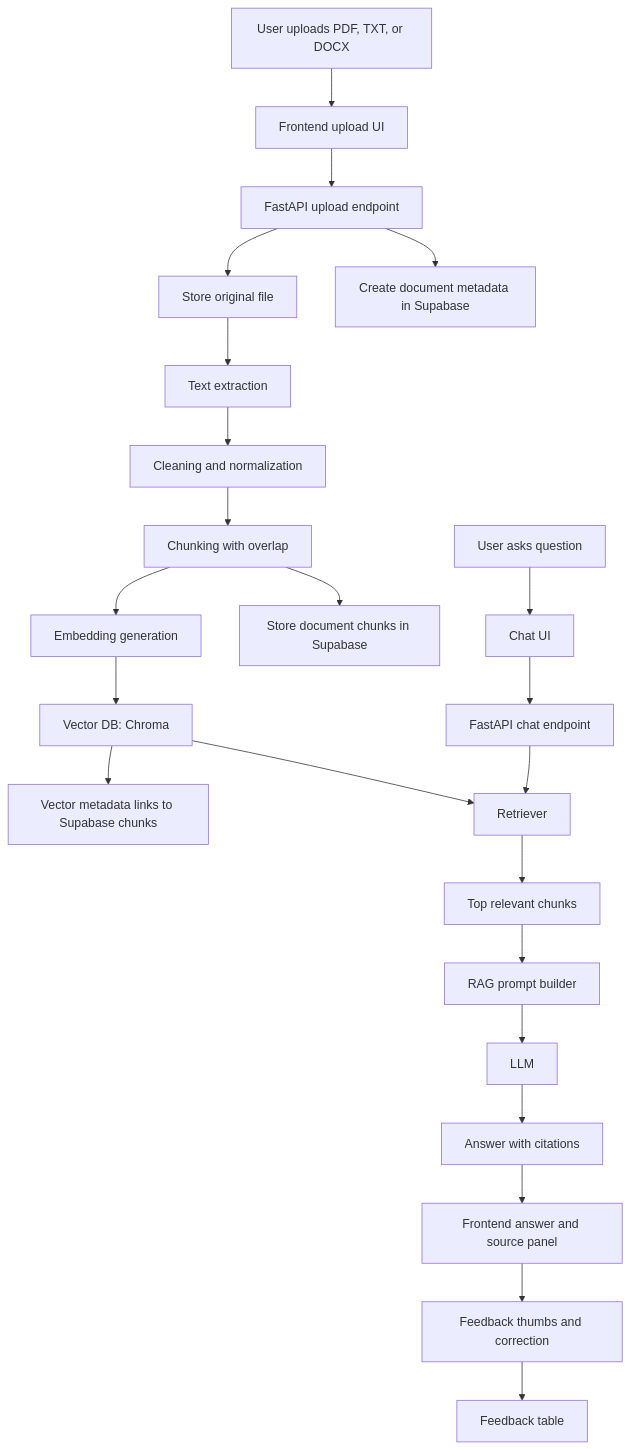
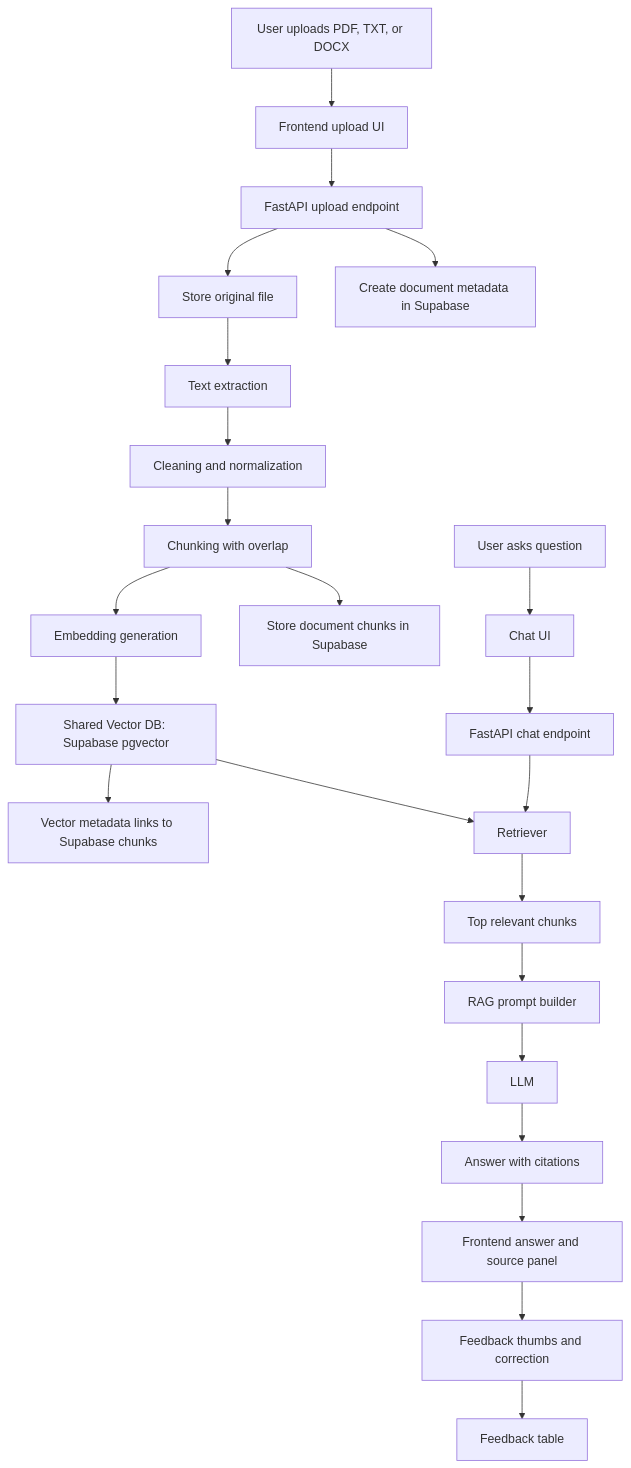
One commit to workagrimag186-max/Averion.ai changed the diagram in docs/PROJECT_PLAN.md. Above: the diagram before and after it, drawn with Mermaid. The commit also changed other lines of this file and 16 other files, not shown here.

Commit message:
Move retrieval embeddings to shared pgvector

````diff
--- a/docs/PROJECT_PLAN.md
+++ b/docs/PROJECT_PLAN.md
@@ -109,25 +109,25 @@
 ```mermaid
 flowchart TD
     A["User uploads PDF, TXT, or DOCX"] --> B["Frontend upload UI"]
     B --> C["FastAPI upload endpoint"]
     C --> D["Store original file"]
     C --> E["Create document metadata in Supabase"]
     D --> F["Text extraction"]
     F --> G["Cleaning and normalization"]
     G --> H["Chunking with overlap"]
     H --> I["Embedding generation"]
     H --> K["Store document chunks in Supabase"]
-    I --> J["Vector DB: Chroma"]
+    I --> J["Shared Vector DB: Supabase pgvector"]
     J --> X["Vector metadata links to Supabase chunks"]
     J --> L["Retriever"]
     M["User asks question"] --> N["Chat UI"]
     N --> O["FastAPI chat endpoint"]
     O --> L
     L --> P["Top relevant chunks"]
     P --> Q["RAG prompt builder"]
     Q --> R["LLM"]
     R --> S["Answer with citations"]
     S --> T["Frontend answer and source panel"]
     T --> U["Feedback thumbs and correction"]
     U --> V["Feedback table"]
 ```
````
